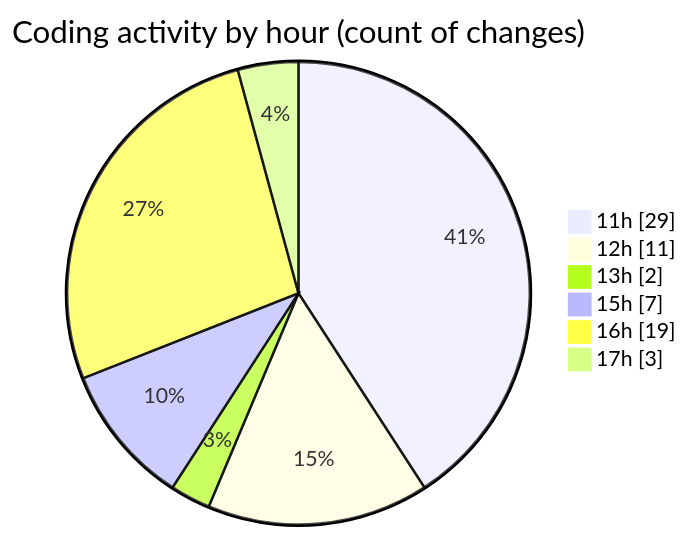
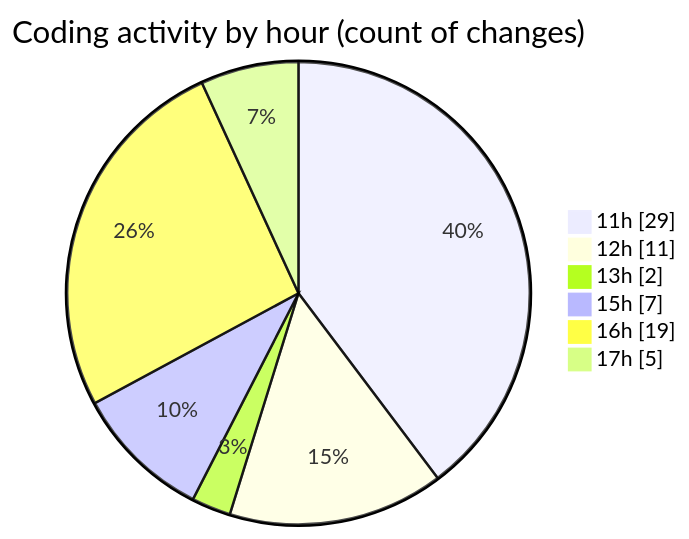
The second of 2 diagrams in 2025-11-05/nxtqube_webapp/README.md (nxtqubesakshisongat/code-tracking), drawn with Mermaid before and after one commit. The commit also changed other lines of this file and 1 other file, not shown here.

````diff
--- a/2025-11-05/nxtqube_webapp/README.md
+++ b/2025-11-05/nxtqube_webapp/README.md
@@ -40,10 +40,10 @@
 ```mermaid
 pie showData
 title Coding activity by hour (count of changes)
 "11h" : 29
 "12h" : 11
 "13h" : 2
 "15h" : 7
 "16h" : 19
-"17h" : 3
+"17h" : 5
 ```
````
